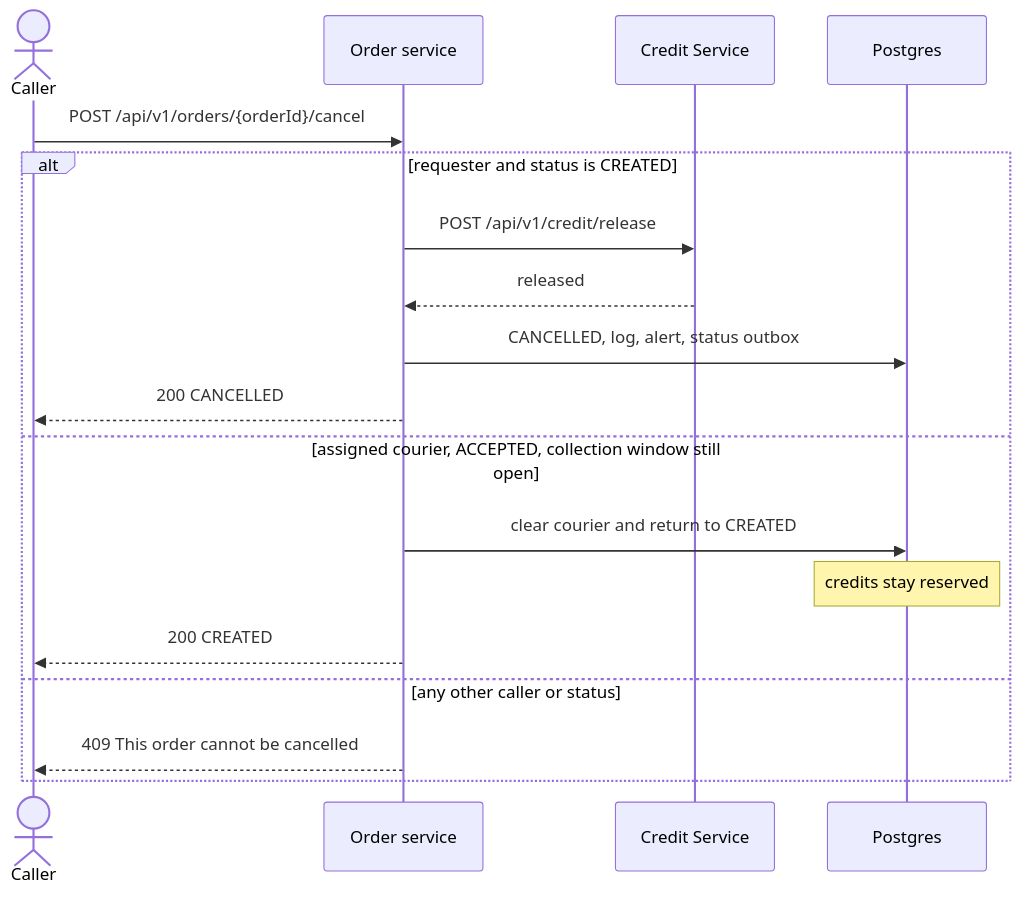
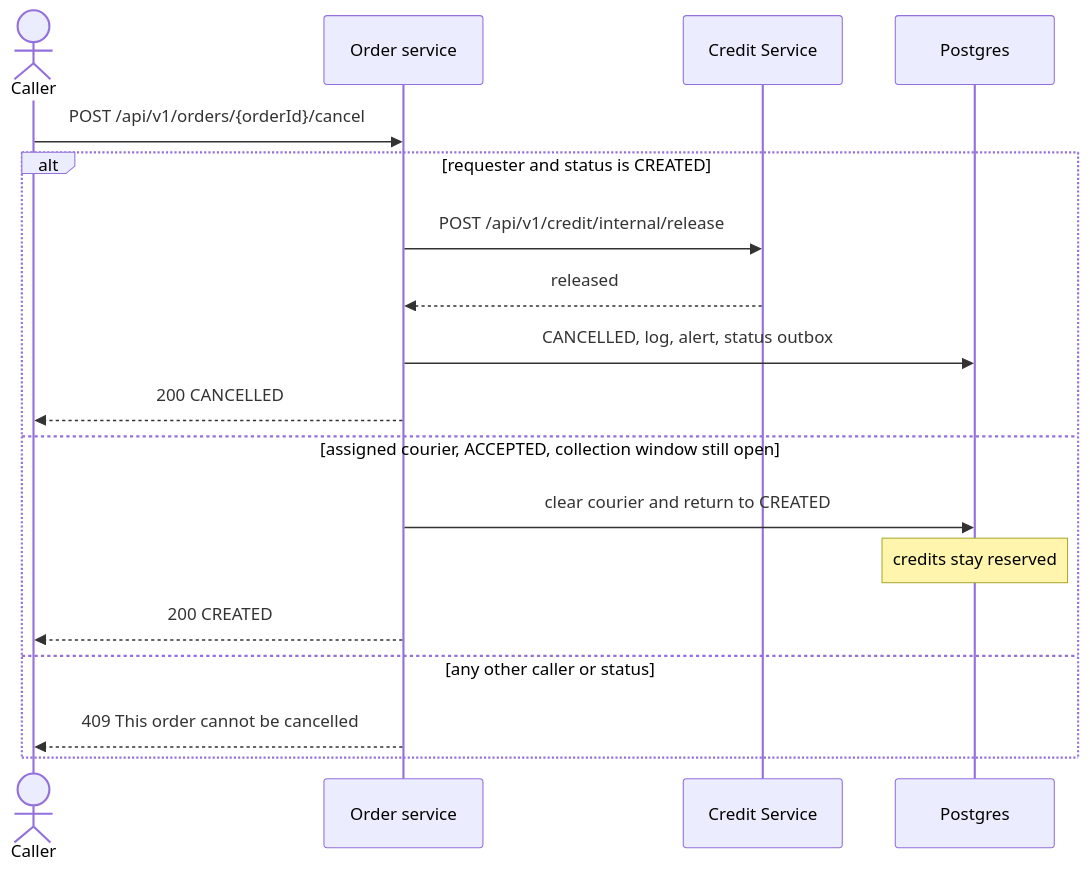
Before and after one commit to junngithub/AY2627S1-CS3219-P15: the diagram in order-service/docs/seq-cancel.mmd, drawn with Mermaid. The commit also changed 14 other files, not shown here.

First line of the commit message:
refactor(credit): move reserve/release under /internal

```diff
--- a/order-service/docs/seq-cancel.mmd
+++ b/order-service/docs/seq-cancel.mmd
@@ -1,19 +1,19 @@
 sequenceDiagram
     actor Caller
     participant Orders as Order service
     participant Credit as Credit Service
     participant DB as Postgres
 
     Caller->>Orders: POST /api/v1/orders/{orderId}/cancel
     alt requester and status is CREATED
-        Orders->>Credit: POST /api/v1/credit/release
+        Orders->>Credit: POST /api/v1/credit/internal/release
         Credit-->>Orders: released
         Orders->>DB: CANCELLED, log, alert, status outbox
         Orders-->>Caller: 200 CANCELLED
     else assigned courier, ACCEPTED, collection window still open
         Orders->>DB: clear courier and return to CREATED
         Note over DB: credits stay reserved
         Orders-->>Caller: 200 CREATED
     else any other caller or status
         Orders-->>Caller: 409 This order cannot be cancelled
     end
```
